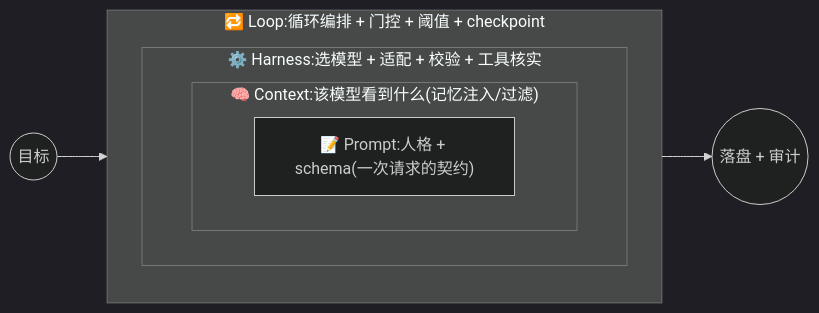
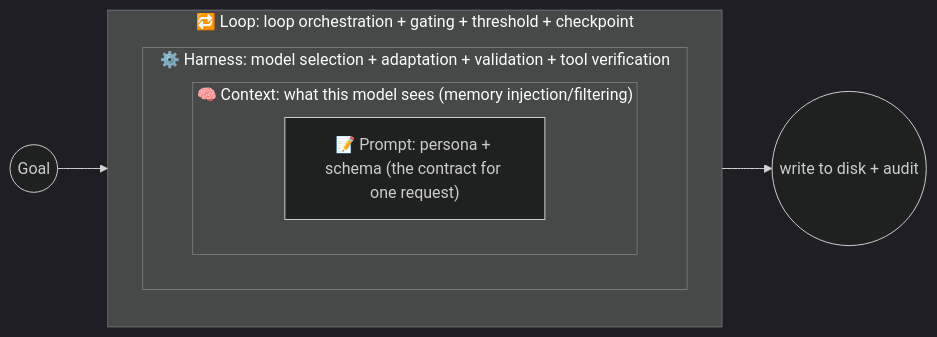
One commit to elishawong/aeloop changed the second of 6 diagrams in docs/DESIGN.md. Above: the diagram before and after it, drawn with Mermaid (dark theme). The commit also changed other lines of this file and 84 other files, not shown here.

````diff
--- a/docs/DESIGN.md
+++ b/docs/DESIGN.md
@@ -103,12 +103,12 @@
 ```mermaid
 flowchart LR
-    Goal(("目标"))-->Loop
-    subgraph Loop["🔁 Loop:循环编排 + 门控 + 阈值 + checkpoint"]
-      subgraph Harness["⚙️ Harness:选模型 + 适配 + 校验 + 工具核实"]
-        subgraph Context["🧠 Context:该模型看到什么(记忆注入/过滤)"]
-          Prompt["📝 Prompt:人格 + schema(一次请求的契约)"]
+    Goal(("Goal"))-->Loop
+    subgraph Loop["🔁 Loop: loop orchestration + gating + threshold + checkpoint"]
+      subgraph Harness["⚙️ Harness: model selection + adaptation + validation + tool verification"]
+        subgraph Context["🧠 Context: what this model sees (memory injection/filtering)"]
+          Prompt["📝 Prompt: persona + schema (the contract for one request)"]
         end
       end
     end
-    Loop-->Out(("落盘 + 审计"))
+    Loop-->Out(("write to disk + audit"))
 ```
````
